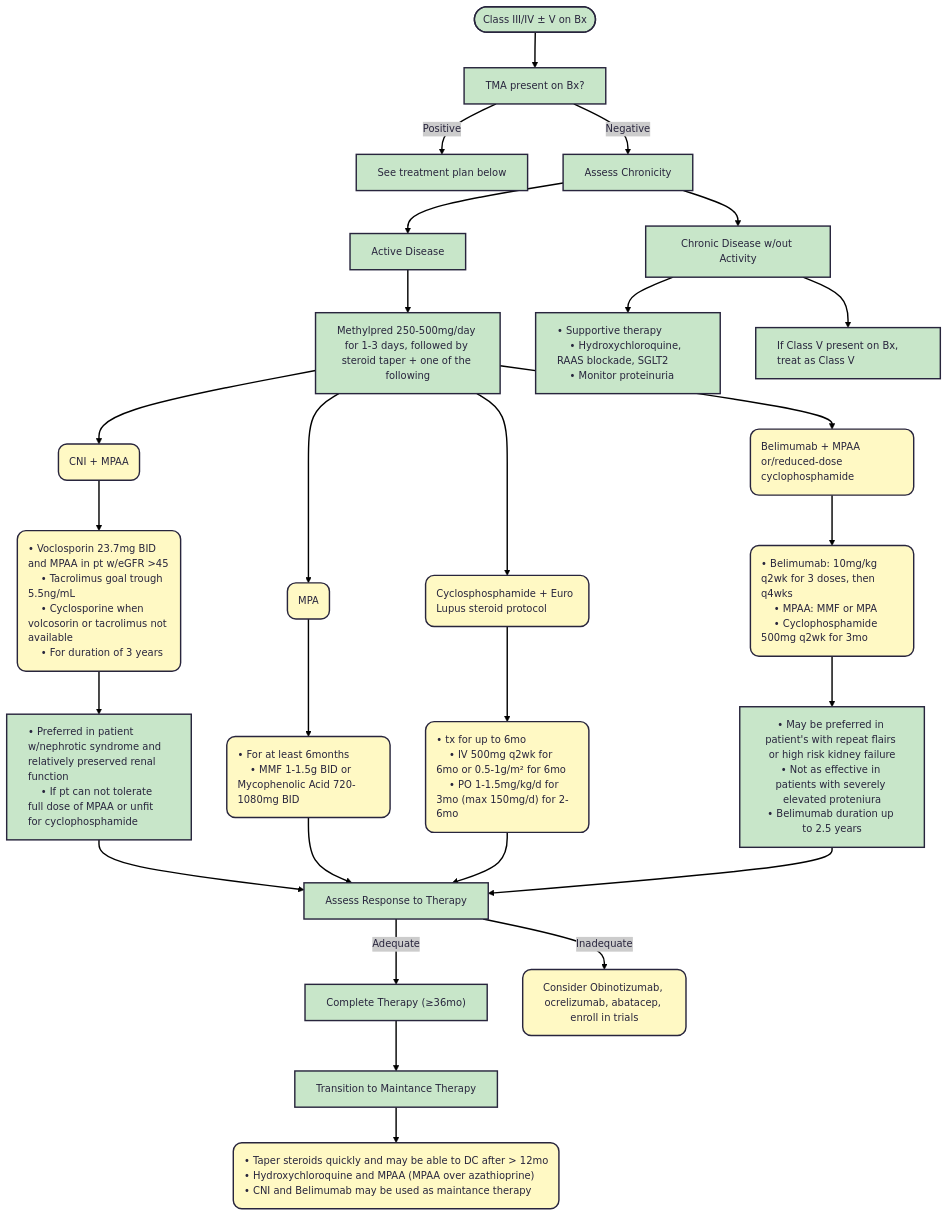
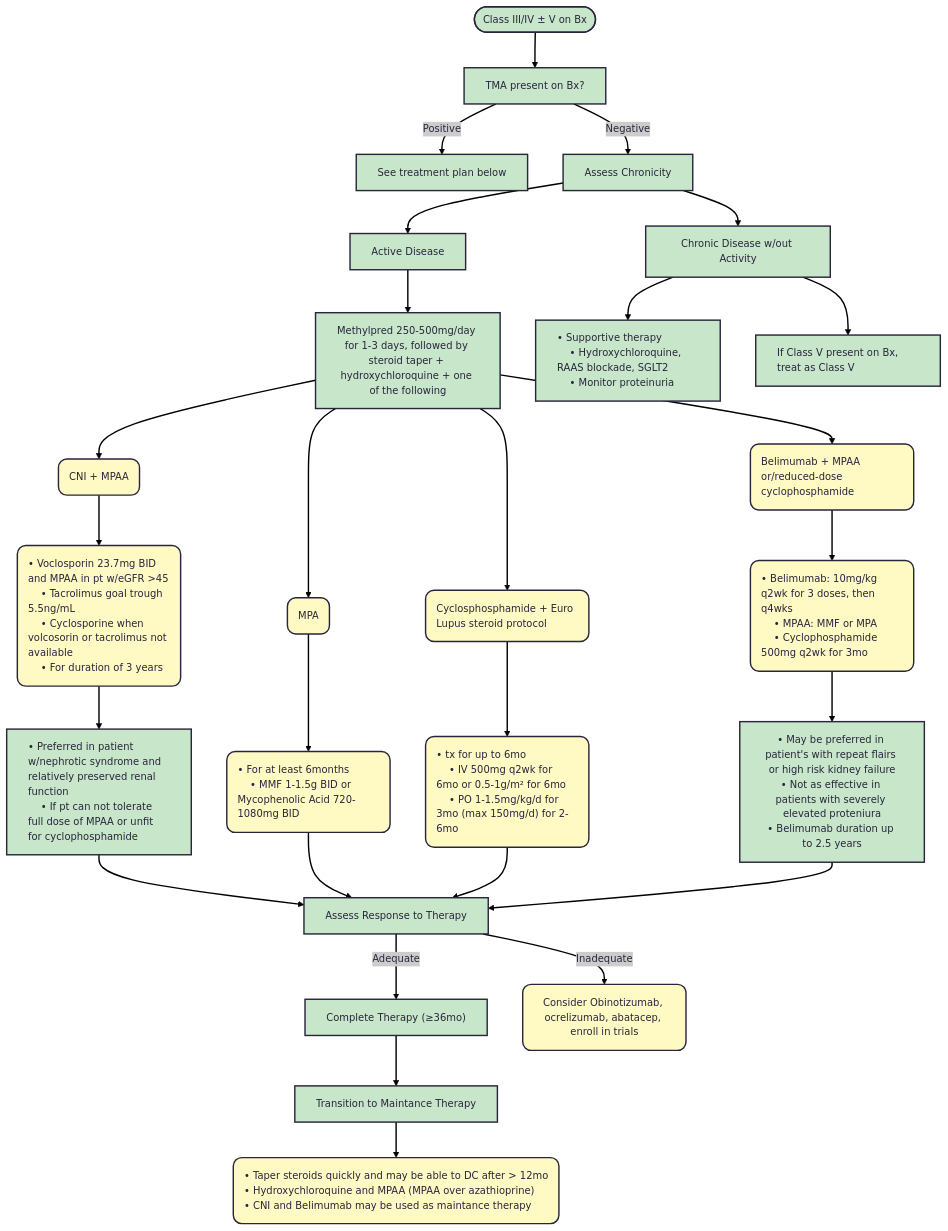
The second of 4 diagrams in docs/Lupus.md (TTUNEPH2025/GN), drawn with Mermaid before and after one commit.

````diff
--- a/docs/Lupus.md
+++ b/docs/Lupus.md
@@ -133,75 +133,75 @@
 ```mermaid
 ---
 config:
   theme: redux
 ---
 flowchart TB
     A(["Class III/IV ± V on Bx"]) --> n1["TMA present on Bx?"]
     n1 -- Positive --> n2["See treatment plan below"]
     n1 -- Negative --> n3["Assess Chronicity"]
     n3 --> n4["Active Disease"] & n5["Chronic Disease w/out Activity"]
-    n4 --> n6["Methylpred 250-500mg/day for 1-3 days, followed by steroid taper + one of the following"]
+    n4 --> n6["Methylpred 250-500mg/day for 1-3 days, followed by steroid taper + hydroxychloroquine + one of the following"]
     n5 --> n7["• Supportive therapy 
     • Hydroxychloroquine, RAAS blockade, SGLT2
     • Monitor proteinuria"] & n8["If Class V present on Bx, treat as Class V"]
     n6 --> n9["CNI + MPAA"] & n10["MPA"] & n11["Cyclosphosphamide + Euro Lupus steroid protocol"] & n12["Belimumab + MPAA or/reduced-dose cyclophosphamide"]
     n9 --> n13["• Voclosporin 23.7mg BID and MPAA in pt w/eGFR &gt;45
     • Tacrolimus goal trough 5.5ng/mL 
     • Cyclosporine when volcosorin or tacrolimus not available
     • For duration of 3 years"]
     n10 --> n14["• For at least 6months
     • MMF 1-1.5g BID or Mycophenolic Acid 720-1080mg BID"]
     n11 --> n15["• tx for up to 6mo
     • IV 500mg q2wk for 6mo or 0.5-1g/m² for 6mo
     • PO 1-1.5mg/kg/d for 3mo (max 150mg/d) for 2-6mo"]
     n12 --> n16["• Belimumab: 10mg/kg q2wk for 3 doses, then q4wks
     • MPAA: MMF or MPA
     • Cyclophosphamide 500mg q2wk for 3mo"]
     n13 --> n17["• Preferred in patient w/nephrotic syndrome and relatively preserved renal function
     • If pt can not tolerate full dose of MPAA or unfit for cyclophosphamide"]
     n16 --> n18@{ label: "• May be preferred in patient's with repeat flairs or high risk kidney failure\n    • Not as effective in patients with severely elevated proteniura<br/>• Belimumab duration up to 2.5 years" }
     n17 --> n19["Assess Response to Therapy"]
     n14 --> n19
     n15 --> n19
     n18 --> n19
     n19 -- Adequate --> n20["Complete Therapy (≥36mo)"]
     n19 -- Inadequate --> n21["Consider Obinotizumab, ocrelizumab, abatacep, enroll in trials"]
     n20 --> n22["Transition to Maintance Therapy"]
     n22 --> n23["• Taper steroids quickly and may be able to DC after > 12mo
     • Hydroxychloroquine and MPAA (MPAA over azathioprine)
     • CNI and Belimumab may be used as maintance therapy"]
     n9@{ shape: rounded}
     n10@{ shape: rounded}
     n11@{ shape: rounded}
     n12@{ shape: rounded}
     n13@{ shape: rounded}
     n14@{ shape: rounded}
     n15@{ shape: rounded}
     n16@{ shape: rounded}
     n21@{ shape: rounded}
     n23@{ shape: rounded}
     style A fill:#C8E6C9
     style n1 fill:#C8E6C9
     style n2 fill:#C8E6C9
     style n3 fill:#C8E6C9
     style n4 fill:#C8E6C9
     style n5 fill:#C8E6C9
     style n6 fill:#C8E6C9
     style n7 fill:#C8E6C9,text-align:left
     style n8 fill:#C8E6C9,text-align:left
     style n9 fill:#FFF9C4,text-align:left
     style n10 fill:#FFF9C4,text-align:left
     style n11 fill:#FFF9C4,text-align:left
     style n12 fill:#FFF9C4,text-align:left
     style n13 fill:#FFF9C4,text-align:left
     style n14 fill:#FFF9C4,text-align:left
     style n15 fill:#FFF9C4,text-align:left
     style n16 fill:#FFF9C4,text-align:left
     style n17 fill:#C8E6C9,text-align:left
     style n18 fill:#C8E6C9
     style n19 fill:#C8E6C9
     style n20 fill:#C8E6C9
     style n21 fill:#FFF9C4
     style n22 fill:#C8E6C9,text-align:left,white-space:nowrap
     style n23 fill:#FFF9C4,text-align:left,white-space:nowrap
 ```
````
